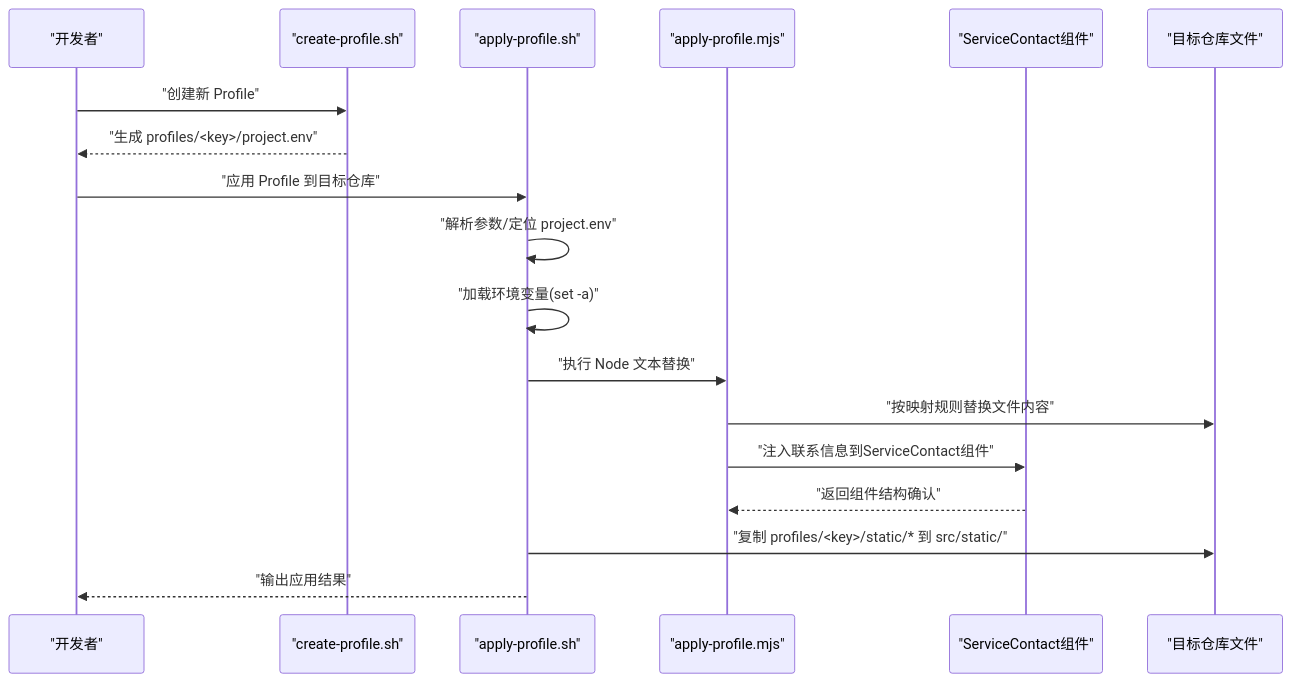
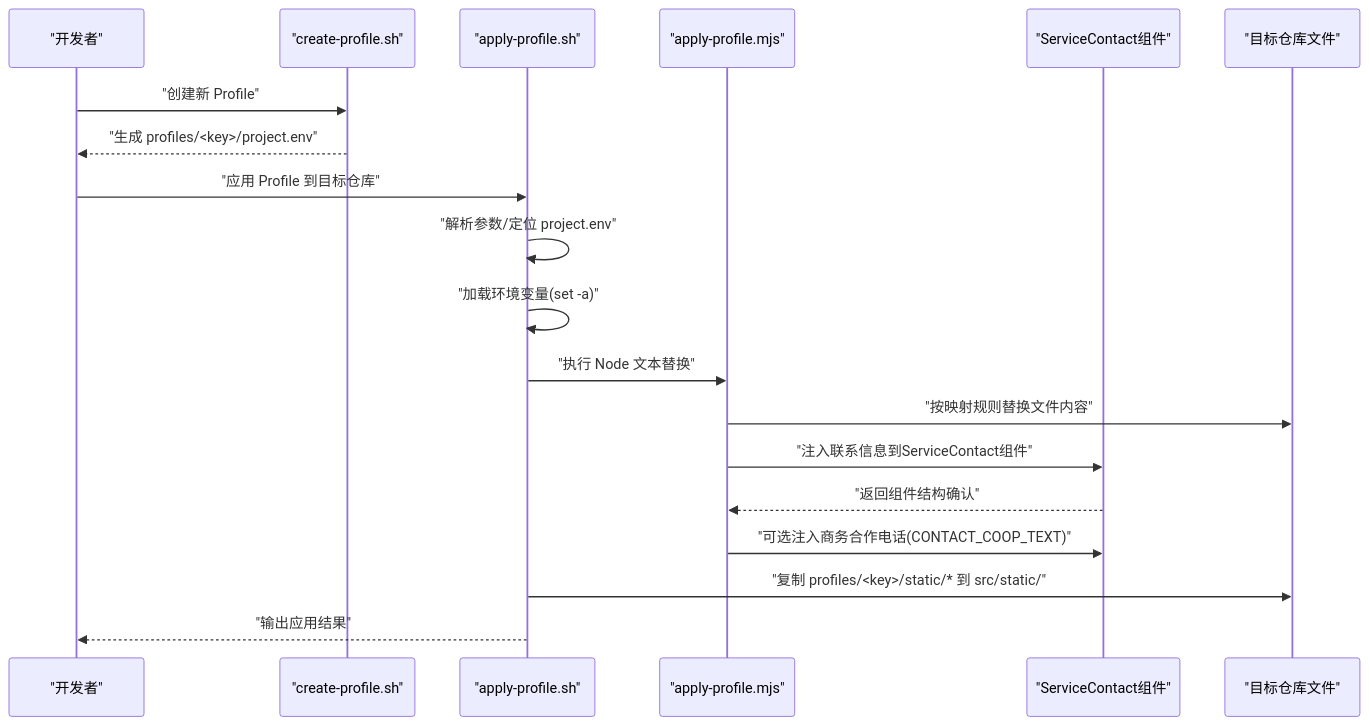
The second of 4 diagrams in .qoder/repowiki/zh/content/Profile配置系统/Profile应用流程.md (crazyma99/blueberry), drawn with Mermaid before and after one commit. The commit also changed other lines of this file and 11 other files, not shown here.

````diff
--- a/.qoder/repowiki/zh/content/Profile配置系统/Profile应用流程.md
+++ b/.qoder/repowiki/zh/content/Profile配置系统/Profile应用流程.md
@@ -141,20 +141,21 @@
 ```mermaid
 sequenceDiagram
 participant Dev as "开发者"
 participant CP as "create-profile.sh"
 participant AP as "apply-profile.sh"
 participant MJS as "apply-profile.mjs"
 participant SC as "ServiceContact组件"
 participant Repo as "目标仓库文件"
 Dev->>CP : "创建新 Profile"
 CP-->>Dev : "生成 profiles/<key>/project.env"
 Dev->>AP : "应用 Profile 到目标仓库"
 AP->>AP : "解析参数/定位 project.env"
 AP->>AP : "加载环境变量(set -a)"
 AP->>MJS : "执行 Node 文本替换"
 MJS->>Repo : "按映射规则替换文件内容"
 MJS->>SC : "注入联系信息到ServiceContact组件"
 SC-->>MJS : "返回组件结构确认"
+MJS->>SC : "可选注入商务合作电话(CONTACT_COOP_TEXT)"
 AP->>Repo : "复制 profiles/<key>/static/* 到 src/static/"
 AP-->>Dev : "输出应用结果"
 ```
````
